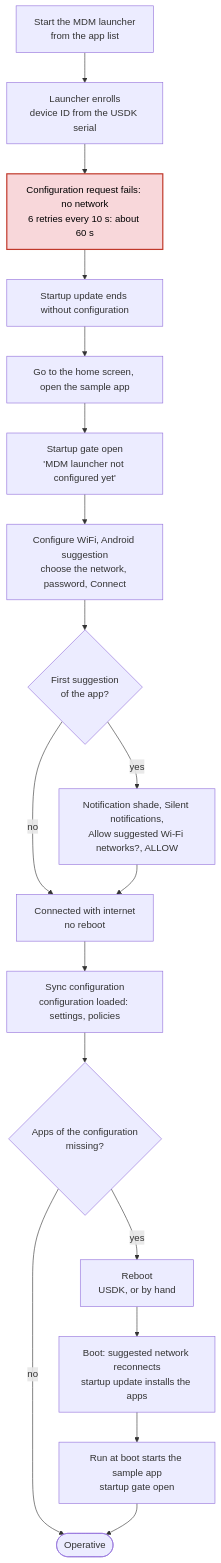
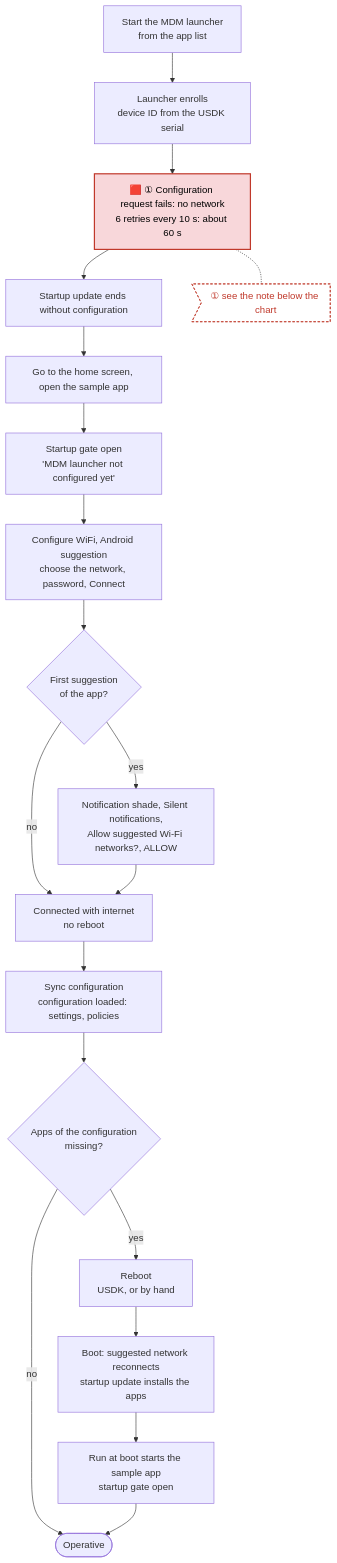
The third of 6 diagrams in docs/wifi-setup.md (rch-fw/HmdmChangeDeviceNumber), drawn with Mermaid before and after one commit. The commit also changed other lines of this file, not shown here.

Commit message:
Docs: link the 60 s captions to the red chart blocks

````diff
--- a/docs/wifi-setup.md
+++ b/docs/wifi-setup.md
@@ -193,22 +196,25 @@
 ```mermaid
 flowchart TD
     A[Start the MDM launcher<br/>from the app list] --> B[Launcher enrolls<br/>device ID from the USDK serial]
-    B --> C[Configuration request fails: no network<br/>6 retries every 10 s: about 60 s]
+    B --> C[🟥 ① Configuration request fails: no network<br/>6 retries every 10 s: about 60 s]
     C --> D[Startup update ends without configuration]
     D --> E[Go to the home screen, open the sample app]
     E --> F[Startup gate open<br/>'MDM launcher not configured yet']
     F --> G[Configure WiFi, Android suggestion<br/>choose the network, password, Connect]
     G --> H{First suggestion<br/>of the app?}
     H -- yes --> I[Notification shade, Silent notifications,<br/>Allow suggested Wi-Fi networks?, ALLOW]
     H -- no --> J
     I --> J[Connected with internet<br/>no reboot]
     J --> K[Sync configuration<br/>configuration loaded: settings, policies]
     K --> L{Apps of the configuration<br/>missing?}
     L -- no --> P([Operative])
     L -- yes --> M[Reboot<br/>USDK, or by hand]
     M --> N[Boot: suggested network reconnects<br/>startup update installs the apps]
     N --> O[Run at boot starts the sample app<br/>startup gate open]
     O --> P
     classDef delay60 fill:#f8d7da,stroke:#c0392b,stroke-width:2px,color:#000
     class C delay60
+    C -.- N1>"① see the note below the chart"]
+    class N1 note60
+    classDef note60 fill:#fff,stroke:#c0392b,stroke-dasharray:4 3,color:#c0392b
 ```
````
